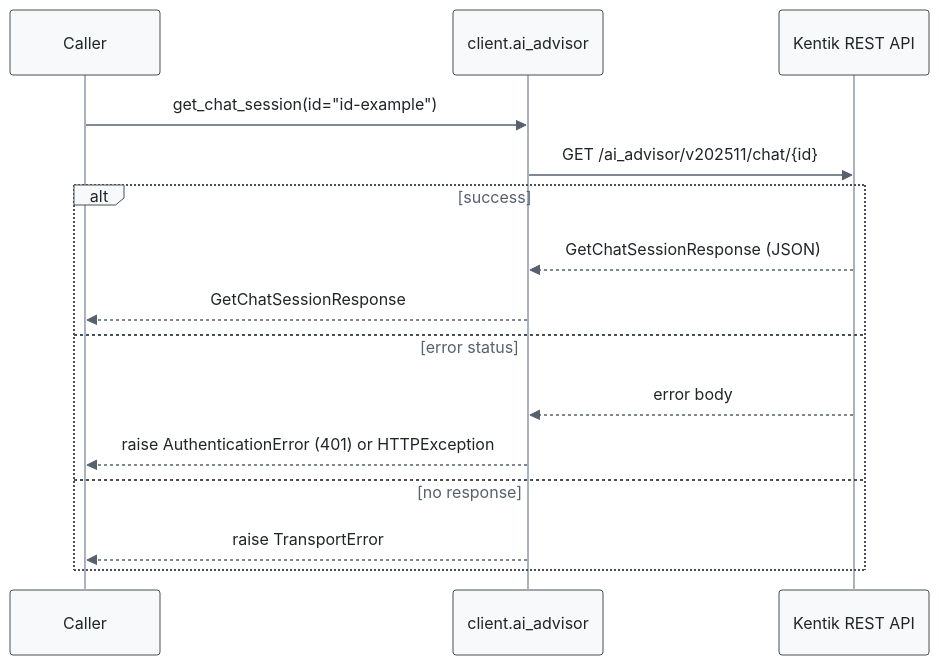
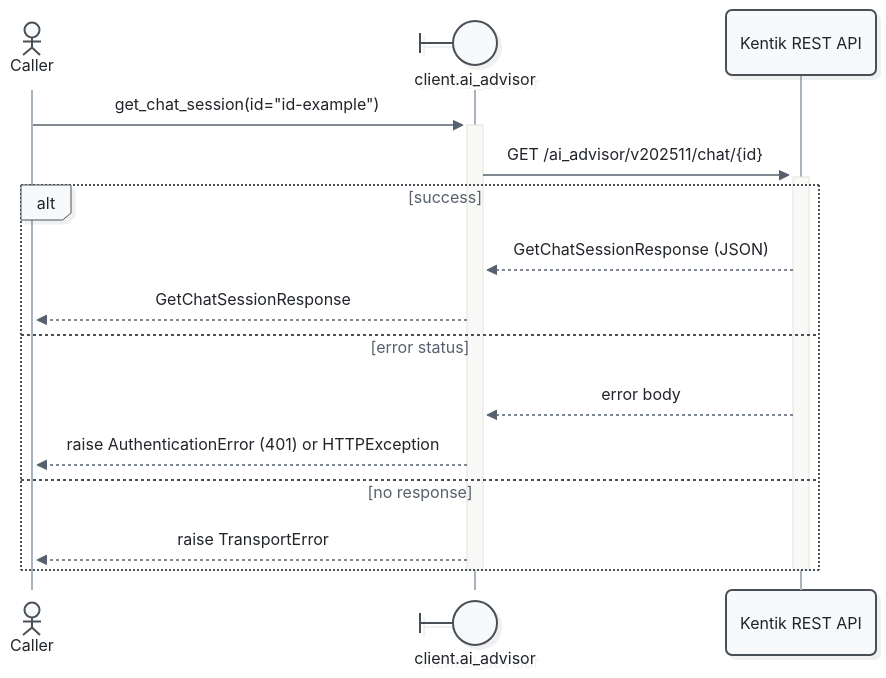
The fifth of 7 diagrams in docs/sphinx/services/ai_advisor.md (alexdearaujo/community_sdk_python), drawn with Mermaid before and after one commit. The commit also changed other lines of this file and 52 other files, not shown here.

First line of the commit message:
docs: Mermaid 12 sequence diagrams with participant types and path colors

````diff
--- a/docs/sphinx/services/ai_advisor.md
+++ b/docs/sphinx/services/ai_advisor.md
@@ -191,19 +201,21 @@
 ```mermaid
-%%{init: {"theme": "base", "fontFamily": "ui-monospace, SFMono-Regular, Menlo, monospace", "themeVariables": {"fontFamily": "ui-monospace, SFMono-Regular, Menlo, monospace", "primaryColor": "#f8f9fa", "primaryBorderColor": "#495057", "primaryTextColor": "#212529", "textColor": "#212529", "lineColor": "#77818c", "edgeLabelBackground": "#ffffff", "actorBkg": "#f8f9fa", "actorBorder": "#495057", "actorTextColor": "#212529", "actorLineColor": "#a9b3be", "signalColor": "#57616d", "signalTextColor": "#212529", "labelBoxBkgColor": "#f8f9fa", "labelBoxBorderColor": "#495057", "labelTextColor": "#212529", "loopTextColor": "#57616d", "noteBkgColor": "#fff9db", "noteBorderColor": "#f08c00", "noteTextColor": "#a35a00"}, "flowchart": {"curve": "step", "nodeSpacing": 30, "rankSpacing": 70, "wrappingWidth": 400}}}%%
+%%{init: {"theme": "redux", "look": "neo", "layout": "dagre", "fontFamily": "ui-monospace, SFMono-Regular, Menlo, monospace", "themeVariables": {"fontFamily": "ui-monospace, SFMono-Regular, Menlo, monospace", "primaryColor": "#f8f9fa", "primaryBorderColor": "#495057", "primaryTextColor": "#212529", "textColor": "#212529", "lineColor": "#77818c", "edgeLabelBackground": "#ffffff", "actorBkg": "#f8f9fa", "actorBorder": "#495057", "actorTextColor": "#212529", "actorLineColor": "#a9b3be", "signalColor": "#57616d", "signalTextColor": "#212529", "labelBoxBkgColor": "#f8f9fa", "labelBoxBorderColor": "#495057", "labelTextColor": "#212529", "loopTextColor": "#57616d", "noteBkgColor": "#fff9db", "noteBorderColor": "#f08c00", "noteTextColor": "#a35a00"}, "sequence": {"activationWidth": 16}, "flowchart": {"curve": "step", "nodeSpacing": 30, "rankSpacing": 70, "wrappingWidth": 400}}}%%
 sequenceDiagram
-    participant C as Caller
-    participant W as client.ai_advisor
+    actor C as Caller
+    participant W@{ "type": "boundary" } as client.ai_advisor
     participant API as Kentik REST API
 
-    C->>W: get_chat_session(id="id-example")
-    W->>API: GET /ai_advisor/v202511/chat/{id}
+    C->>+W: get_chat_session(id="id-example")
+    W->>+API: GET /ai_advisor/v202511/chat/{id}
     alt success
         API-->>W: GetChatSessionResponse (JSON)
         W-->>C: GetChatSessionResponse
     else error status
         API-->>W: error body
         W-->>C: raise AuthenticationError (401) or HTTPException
     else no response
         W-->>C: raise TransportError
     end
+    deactivate API
+    deactivate W
 ```
````
